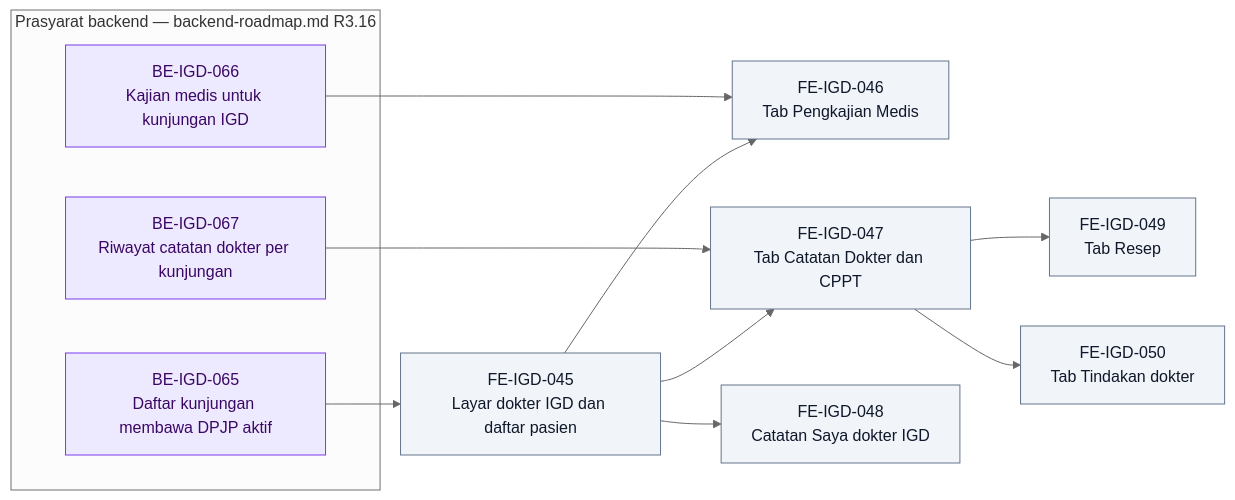
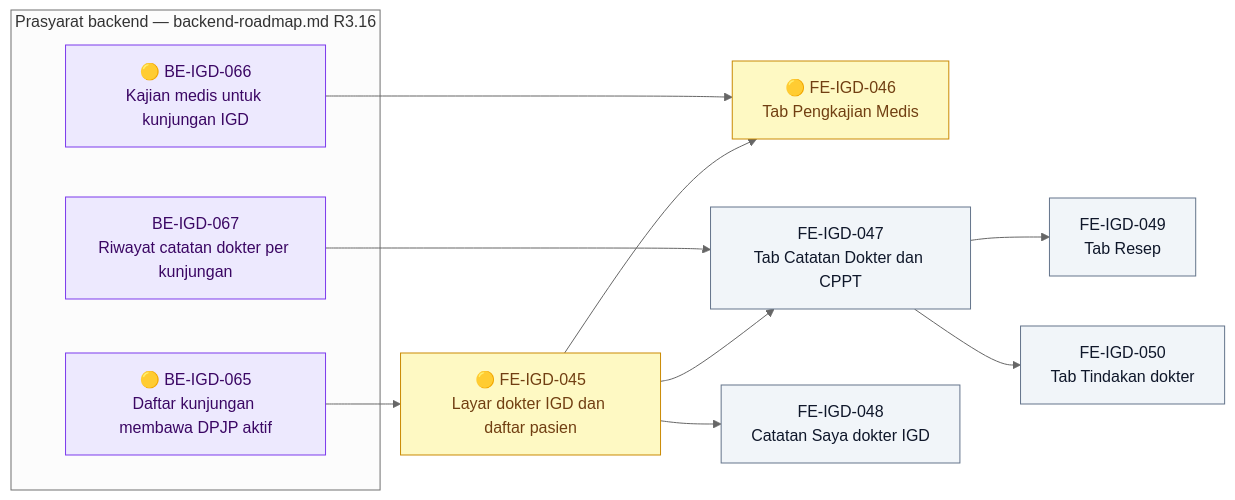
One commit to DevBenari/NewQuilvianSystemBackend changed diagram 16 of 18 in docs/module-blueprints/igd/roadmap/frontend-roadmap.md. Above: the diagram before and after it, drawn with Mermaid (neutral theme). The commit also changed other lines of this file and 11 other files, not shown here.

Commit message:
membuat proses pemeriksaan dokter igd

````diff
--- a/docs/module-blueprints/igd/roadmap/frontend-roadmap.md
+++ b/docs/module-blueprints/igd/roadmap/frontend-roadmap.md
@@ -2079,30 +2079,30 @@
 ```mermaid
 flowchart LR
     classDef selesai fill:#DCFCE7,stroke:#16A34A,color:#14532D
     classDef sebagian fill:#FEF9C3,stroke:#CA8A04,color:#713F12
     classDef terblokir fill:#FEE2E2,stroke:#DC2626,color:#7F1D1D
     classDef belum fill:#F1F5F9,stroke:#64748B,color:#0F172A
     classDef luar fill:#EDE9FE,stroke:#7C3AED,color:#3B0764
 
     subgraph backend1402["Prasyarat backend — backend-roadmap.md R3.16"]
-        BEIGD065D["BE-IGD-065<br/>Daftar kunjungan membawa DPJP aktif"]:::luar
-        BEIGD066D["BE-IGD-066<br/>Kajian medis untuk kunjungan IGD"]:::luar
+        BEIGD065D["🟡 BE-IGD-065<br/>Daftar kunjungan membawa DPJP aktif"]:::luar
+        BEIGD066D["🟡 BE-IGD-066<br/>Kajian medis untuk kunjungan IGD"]:::luar
         BEIGD067D["BE-IGD-067<br/>Riwayat catatan dokter per kunjungan"]:::luar
     end
 
-    FEIGD045["FE-IGD-045<br/>Layar dokter IGD dan daftar pasien"]:::belum
-    FEIGD046["FE-IGD-046<br/>Tab Pengkajian Medis"]:::belum
+    FEIGD045["🟡 FE-IGD-045<br/>Layar dokter IGD dan daftar pasien"]:::sebagian
+    FEIGD046["🟡 FE-IGD-046<br/>Tab Pengkajian Medis"]:::sebagian
     FEIGD047["FE-IGD-047<br/>Tab Catatan Dokter dan CPPT"]:::belum
     FEIGD048["FE-IGD-048<br/>Catatan Saya dokter IGD"]:::belum
     FEIGD049["FE-IGD-049<br/>Tab Resep"]:::belum
     FEIGD050["FE-IGD-050<br/>Tab Tindakan dokter"]:::belum
 
     BEIGD065D --> FEIGD045
     FEIGD045 --> FEIGD046
     BEIGD066D --> FEIGD046
     FEIGD045 --> FEIGD047
     BEIGD067D --> FEIGD047
     FEIGD045 --> FEIGD048
     FEIGD047 --> FEIGD049
     FEIGD047 --> FEIGD050
 ```
````
